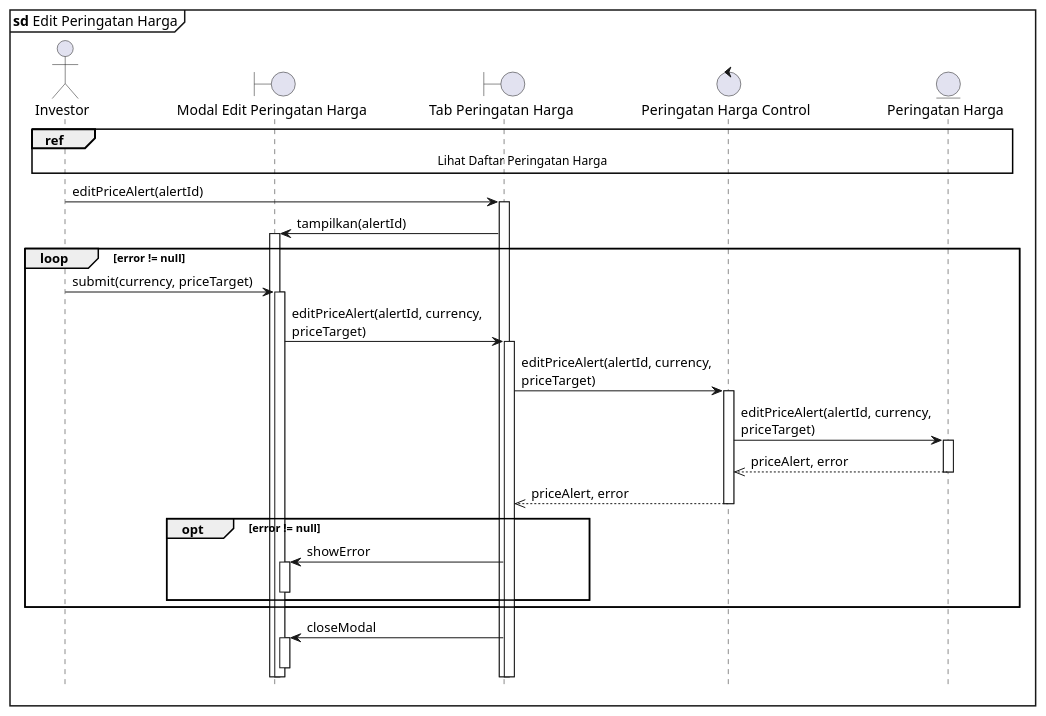
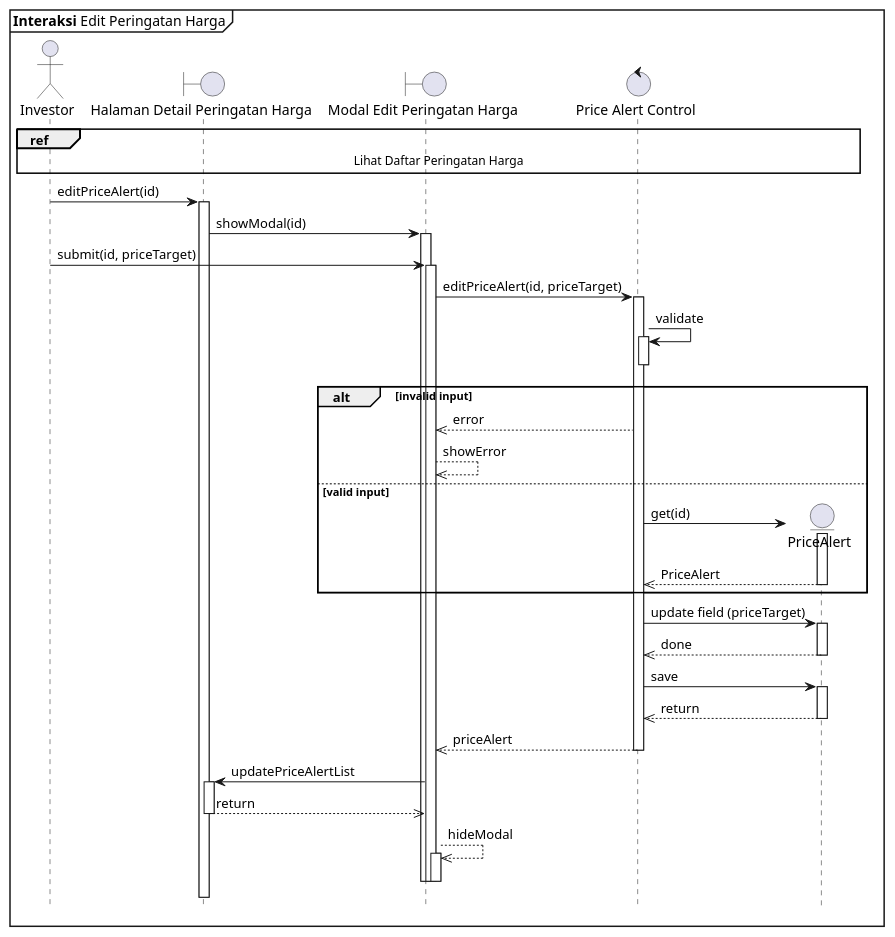
The diagram in sequence/edit-peringatan-harga.puml (clarestarahma/manajemen-investasi), drawn with PlantUML before and after one commit. The commit also changed 18 other files, not shown here.

Commit message:
merubah sebagian besar sequence diagram

```diff
--- a/sequence/edit-peringatan-harga.puml
+++ b/sequence/edit-peringatan-harga.puml
@@ -1,37 +1,73 @@
 @startuml Sequence
 
 skinparam maxMessageSize 250
+hide footbox
 
-hide footbox
-autoactivate on
-
-mainframe **sd** Edit Peringatan Harga
+mainframe **Interaksi** Edit Peringatan Harga
 
 actor Investor as I
-boundary "Modal Edit Peringatan Harga" as PEPH
-boundary "Tab Peringatan Harga" as TPH
-control "Peringatan Harga Control" as PHC
-entity "Peringatan Harga" as PH
+boundary "Halaman Detail Peringatan Harga" as HDP
+boundary "Modal Edit Peringatan Harga" as MEPH
+control "Price Alert Control" as PAC
+entity "PriceAlert" as PA
 
-ref over I, PH : Lihat Daftar Peringatan Harga
+ref over I, PA : Lihat Daftar Peringatan Harga
 
-I -> TPH : editPriceAlert(alertId)
-TPH -> PEPH : tampilkan(alertId)
+' User opens the price alert modal
+I -> HDP : editPriceAlert(id)
+activate HDP
 
-loop error != null
-  I -> PEPH : submit(currency, priceTarget)
-  PEPH -> TPH : editPriceAlert(alertId, currency, priceTarget)
-  TPH -> PHC : editPriceAlert(alertId, currency, priceTarget)
-  PHC -> PH : editPriceAlert(alertId, currency, priceTarget)
-  PH -->> PHC : priceAlert, error
-  PHC -->> TPH : priceAlert, error
+HDP -> MEPH : showModal(id)
+activate MEPH
 
-  opt error != null
-    TPH -> PEPH : showError
-    deactivate PEPH
-  end
+' User submits form
+I -> MEPH : submit(id, priceTarget)
+activate MEPH
+
+MEPH -> PAC : editPriceAlert(id, priceTarget)
+activate PAC
+
+'Validation step
+PAC -> PAC : validate
+activate PAC
+deactivate PAC
+
+alt invalid input
+  PAC -->> MEPH : error
+  MEPH -->> MEPH : showError
+else valid input
+  PAC -> PA ** : get(id)
+  activate PA
+
+  PA -->> PAC : PriceAlert
+  deactivate PA
 end
 
-TPH -> PEPH : closeModal
-deactivate PEPH
+  PAC -> PA : update field (priceTarget)
+  activate PA
+
+  PA -->> PAC : done
+  deactivate PA
+
+  PAC -> PA : save
+  activate PA
+  PA -->> PAC : return
+  deactivate PA
+
+  PAC -->> MEPH : priceAlert
+  deactivate PAC
+
+  'Update UI and close modal
+  MEPH -> HDP : updatePriceAlertList
+  activate HDP
+
+  HDP -->> MEPH : return
+  deactivate HDP
+
+  MEPH -->> MEPH : hideModal
+  activate MEPH
+  deactivate MEPH
+  deactivate MEPH
+  deactivate MEPH
+
 @enduml
```
